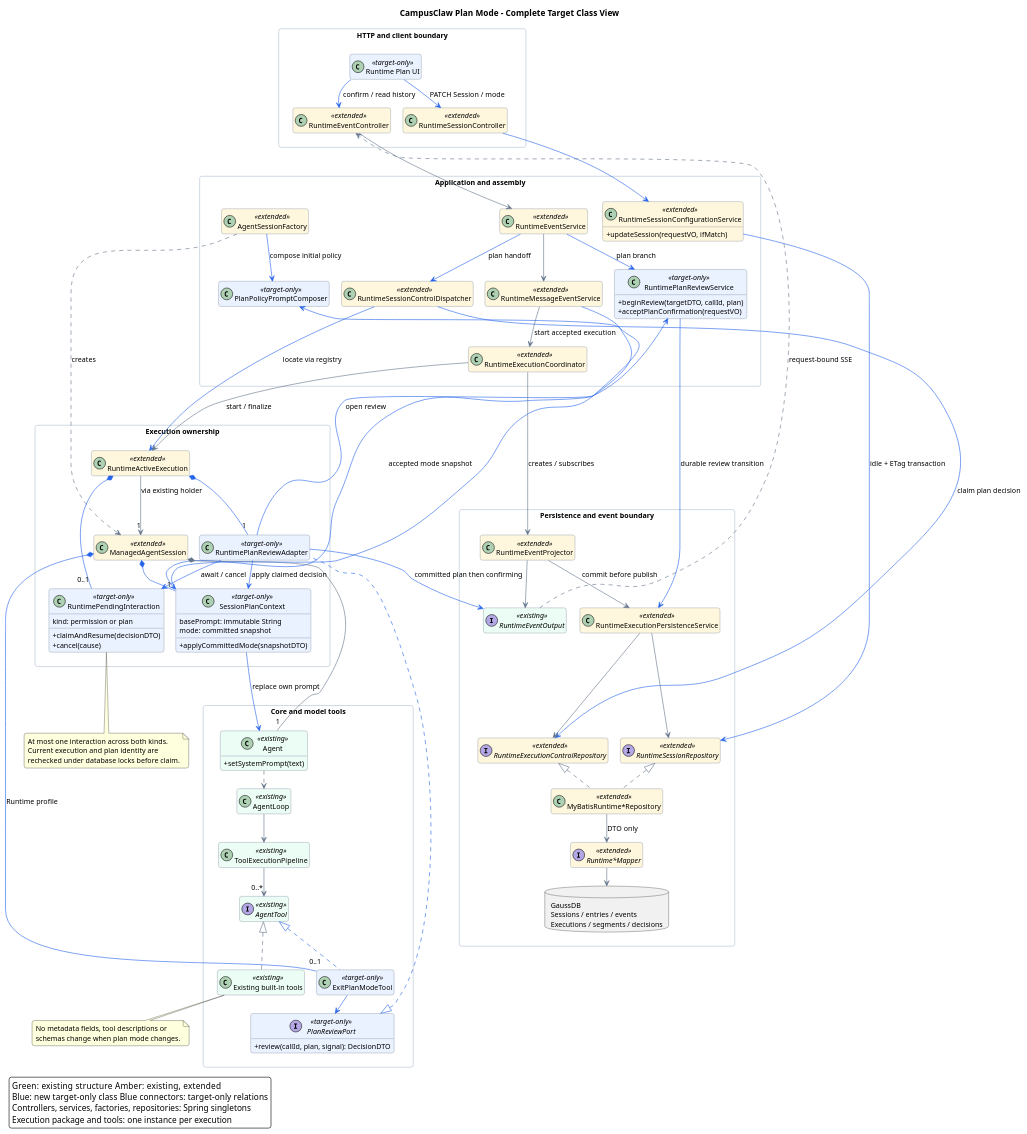
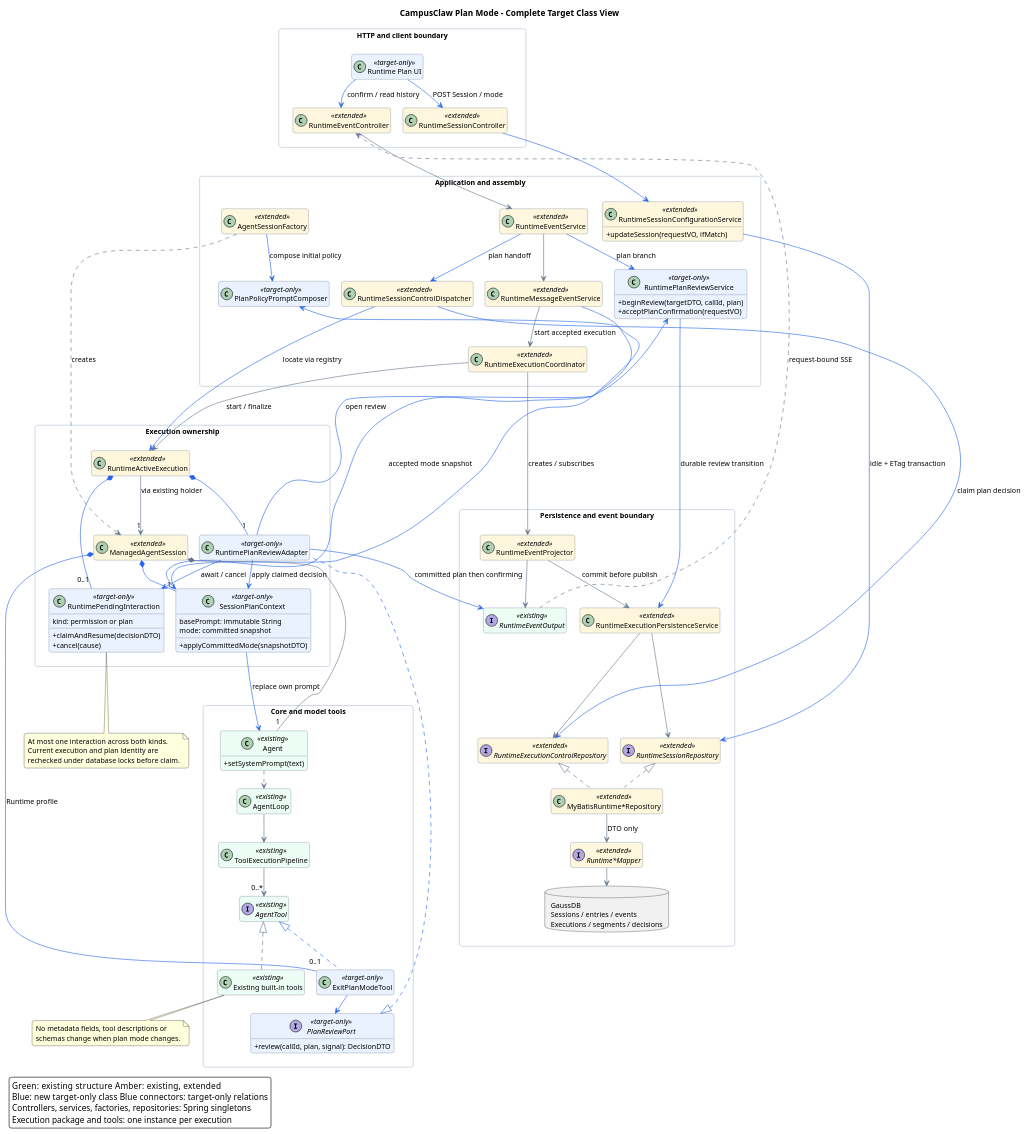
Before and after one commit to ssm0808/pi-mono-java-design: the first of 3 diagrams in 01-总体架构/06-CampusClaw计划模式/diagram.puml, drawn with PlantUML. The commit also changed other lines of this file and 49 other files, not shown here.

Commit message:
docs(session): 统一名称模型思考与模式的 POST 更新契约

```diff
--- a/01-总体架构/06-CampusClaw计划模式/diagram.puml
+++ b/01-总体架构/06-CampusClaw计划模式/diagram.puml
@@ -1,166 +1,166 @@
 @startuml plan_mode_target_classes
 ' Source baseline: pi-mono-java 09b32d8ea4a4b43b34be302d8b2745bdc417c9a2.
 ' Local f61906b9136246ca60f333704b6fc92b5420d0ec has identical files in this scope.
 ' Source: modules/coding-agent-cli/src/main/java/com/campusclaw/codingagent/session/AgentSessionFactory.java :: create, configureAgent.
 ' Source: modules/coding-agent-cli/src/main/java/com/campusclaw/codingagent/runtimeapi/runtime/RuntimeActiveExecution.java :: beginToolConfirmation, claimAndResumeToolConfirmation.
 ' Source: modules/coding-agent-cli/src/main/java/com/campusclaw/codingagent/runtimeapi/persistence/RuntimeExecutionPersistenceService.java :: markToolConfirming, acceptToolConfirmation.
 ' Source: modules/coding-agent-cli/src/main/java/com/campusclaw/codingagent/runtimeapi/event/RuntimeMessageEventService.java :: prepare, accept, startAccepted.
 ' Source: modules/coding-agent-cli/src/main/java/com/campusclaw/codingagent/runtimeapi/event/RuntimeExecutionCoordinator.java :: start, commitAndRelease.
 ' Source: modules/coding-agent-cli/src/main/java/com/campusclaw/codingagent/runtimeapi/runtime/RuntimeSessionControlDispatcher.java :: dispatchConfirmation, dispatchStop.
 ' Source: modules/coding-agent-cli/src/main/java/com/campusclaw/codingagent/runtimeapi/web/RuntimeSessionController.java :: create, get, delete; update is target-only.
 ' Source: modules/coding-agent-cli/src/main/java/com/campusclaw/codingagent/runtimeapi/session/RuntimeSessionConfigurationService.java :: requireMutableSession, requireUpdated.
 ' Design reason: mode is updated on the Session resource through the existing configuration service.
 ' Source: modules/agent-core/src/main/java/com/campusclaw/agent/loop/AgentLoop.java :: invokeModel, runToolPhase.
 ' DeepSeek baseline: 0a53fb55bea101816fa226bb964ae2bed71c343b (alpha).
 ' Source: packages/plan/plan-mode/src/index.ts :: PlanModeController, exit_plan_mode.
 ' Observed behavior: the existing Runtime owns streams, durable controls and active executions.
 ' Design reason: add plan policy and review without changing tool metadata or the Agent Loop.
 ' Java divergence: HTTP plan review and database handoff are target-only additions.
 title CampusClaw Plan Mode - Complete Target Class View
 top to bottom direction
 allowmixing
 skinparam backgroundColor #FFFFFF
 skinparam defaultFontName SansSerif
 skinparam defaultFontSize 12
 skinparam shadowing false
 skinparam roundcorner 8
 skinparam packageStyle rectangle
 skinparam ArrowColor #64748B
 skinparam classAttributeIconSize 0
 skinparam nodesep 20
 skinparam ranksep 30
 skinparam classBorderColor #64748B
 skinparam packageBorderColor #CBD5E1
 hide empty members
 
 legend bottom left
   Green: existing structure     Amber: existing, extended
   Blue: new target-only class   Blue connectors: target-only relations
   Controllers, services, factories, repositories: Spring singletons
   Execution package and tools: one instance per execution
 endlegend
 
 package "HTTP and client boundary" as HttpBoundary {
   class "Runtime Plan UI" as UI <<target-only>> #EAF2FF
   class "RuntimeSessionController" as ConfigApi <<extended>> #FFF7DD
   class "RuntimeEventController" as EventApi <<extended>> #FFF7DD
 }
 
 package "Application and assembly" as Application {
   class "RuntimeSessionConfigurationService" as ModeService <<extended>> #FFF7DD {
     +updateSession(requestVO, ifMatch)
   }
   class "RuntimeEventService" as EventService <<extended>> #FFF7DD
   class "RuntimeMessageEventService" as MessageService <<extended>> #FFF7DD
   class "RuntimeExecutionCoordinator" as Coordinator <<extended>> #FFF7DD
   class "RuntimeSessionControlDispatcher" as Dispatcher <<extended>> #FFF7DD
   class "RuntimePlanReviewService" as ReviewService <<target-only>> #EAF2FF {
     +beginReview(targetDTO, callId, plan)
     +acceptPlanConfirmation(requestVO)
   }
   class "AgentSessionFactory" as Factory <<extended>> #FFF7DD
   class "PlanPolicyPromptComposer" as Composer <<target-only>> #EAF2FF
 }
 
 package "Execution ownership" as ExecutionScope {
   class "RuntimeActiveExecution" as Execution <<extended>> #FFF7DD
   class "RuntimePendingInteraction" as Pending <<target-only>> #EAF2FF {
     kind: permission or plan
     +claimAndResume(decisionDTO)
     +cancel(cause)
   }
   class "ManagedAgentSession" as Session <<extended>> #FFF7DD
   class "SessionPlanContext" as PlanContext <<target-only>> #EAF2FF {
     basePrompt: immutable String
     mode: committed snapshot
     +applyCommittedMode(snapshotDTO)
   }
   class "RuntimePlanReviewAdapter" as ReviewAdapter <<target-only>> #EAF2FF
 }
 
 package "Core and model tools" as ToolScope {
   class "Agent" as AgentCore <<existing>> #ECFDF5 {
     +setSystemPrompt(text)
   }
   class "AgentLoop" as Loop <<existing>> #ECFDF5
   class "ToolExecutionPipeline" as Pipeline <<existing>> #ECFDF5
   interface "AgentTool" as Tool <<existing>> #ECFDF5
   class "ExitPlanModeTool" as ExitTool <<target-only>> #EAF2FF
   class "Existing built-in tools" as ExistingTools <<existing>> #ECFDF5
   interface "PlanReviewPort" as ReviewPort <<target-only>> #EAF2FF {
     +review(callId, plan, signal): DecisionDTO
   }
 }
 
 package "Persistence and event boundary" as PersistenceScope {
   class "RuntimeExecutionPersistenceService" as Persistence <<extended>> #FFF7DD
   interface "RuntimeSessionRepository" as SessionRepo <<extended>> #FFF7DD
   interface "RuntimeExecutionControlRepository" as ControlRepo <<extended>> #FFF7DD
   class "MyBatisRuntime*Repository" as Repos <<extended>> #FFF7DD
   interface "Runtime*Mapper" as Mappers <<extended>> #FFF7DD
   class "RuntimeEventProjector" as Projector <<extended>> #FFF7DD
   interface "RuntimeEventOutput" as Output <<existing>> #ECFDF5
   database "GaussDB\nSessions / entries / events\nExecutions / segments / decisions" as DB
 }
 
 HttpBoundary -[hidden]down- Application
 Application -[hidden]down- ExecutionScope
 ExecutionScope -[hidden]right- ToolScope
 ExecutionScope -[hidden]down- PersistenceScope
 
-UI -[#2563EB]-> ConfigApi : PATCH Session / mode
+UI -[#2563EB]-> ConfigApi : POST Session / mode
 UI -[#2563EB]-> EventApi : confirm / read history
 ConfigApi -[#2563EB]-> ModeService
 EventApi --> EventService
 EventService -[#2563EB]-> ReviewService : plan branch
 EventService --> MessageService
 MessageService --> Coordinator : start accepted execution
 MessageService -[#2563EB,norank]-> PlanContext : accepted mode snapshot
 EventService -[#2563EB]-> Dispatcher : plan handoff
 Dispatcher -[#2563EB]-> Execution : locate via registry
 Dispatcher -[#2563EB,norank]-> ControlRepo : claim plan decision
 Coordinator --> Execution : start / finalize
 ModeService -[#2563EB]-> SessionRepo : idle + ETag transaction
 ReviewService -[#2563EB]-> Persistence : durable review transition
 Factory ..> Session : creates
 Factory -[#2563EB]-> Composer : compose initial policy
 Session *-- "1" AgentCore
 Session *-[#2563EB]- "1" PlanContext
 Execution *-[#2563EB]- "0..1" Pending
 Execution *-[#2563EB]- "1" ReviewAdapter
 Execution --> "1" Session : via existing holder
 ReviewAdapter -[#2563EB]-> Pending : await / cancel
 ReviewAdapter -[#2563EB,norank]-> ReviewService : open review
 ReviewAdapter -[#2563EB]-> PlanContext : apply claimed decision
 PlanContext -[#2563EB,norank]-> Composer
 PlanContext -[#2563EB]-> AgentCore : replace own prompt
 AgentCore ..> Loop
 Loop --> Pipeline
 Pipeline --> "0..*" Tool
 Tool <|.. ExistingTools
 Tool <|.[#2563EB]. ExitTool
 Session *-[#2563EB]- "0..1" ExitTool : Runtime profile
 ExitTool -[#2563EB]-> ReviewPort
 ReviewPort <|.[#2563EB,norank]. ReviewAdapter
 Persistence --> SessionRepo
 Persistence --> ControlRepo
 SessionRepo <|.. Repos
 ControlRepo <|.. Repos
 Repos --> Mappers : DTO only
 Mappers --> DB
 Projector --> Persistence : commit before publish
 Coordinator --> Projector : creates / subscribes
 Projector --> Output
 ReviewAdapter -[#2563EB]-> Output : committed plan then confirming
 Output .[norank].> EventApi : request-bound SSE
 
 note bottom of Pending
   At most one interaction across both kinds.
   Current execution and plan identity are
   rechecked under database locks before claim.
 end note
 note bottom of ExistingTools
   No metadata fields, tool descriptions or
   schemas change when plan mode changes.
 end note
 @enduml
```
